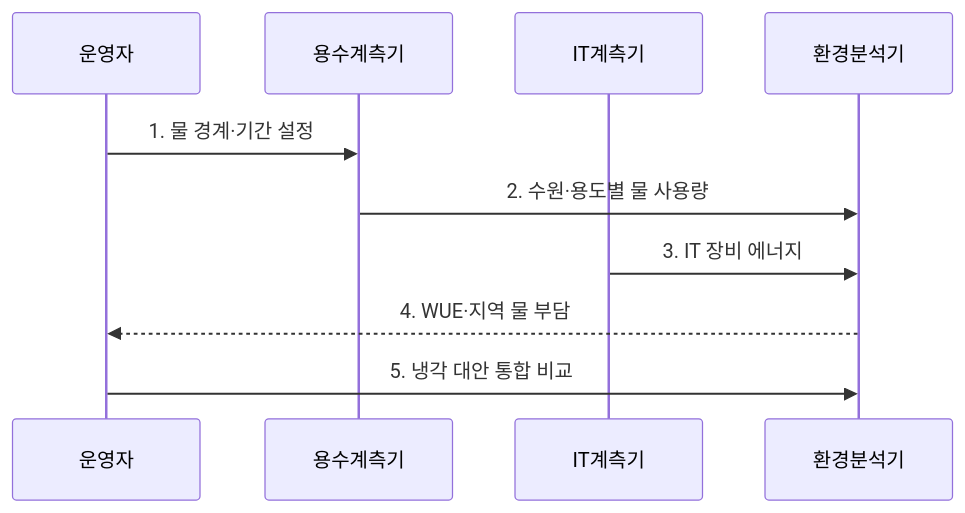
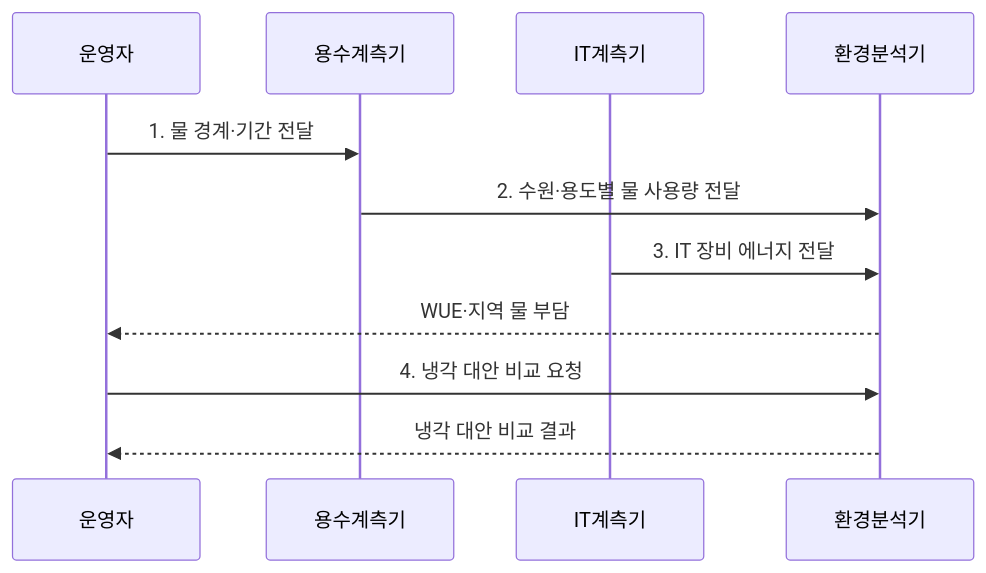
The second of 2 diagrams in src/content/docs/notes/06-evaluation/040_wue_water_usage_effectiveness.md (agnusdei1207/knowledge-base), drawn with Mermaid before and after one commit. The commit also changed other lines of this file and 20 other files, not shown here.

````diff
--- a/src/content/docs/notes/06-evaluation/040_wue_water_usage_effectiveness.md
+++ b/src/content/docs/notes/06-evaluation/040_wue_water_usage_effectiveness.md
@@ -85,12 +87,13 @@
 ```mermaid
 sequenceDiagram
     participant O as 운영자
     participant W as 용수계측기
     participant I as IT계측기
     participant A as 환경분석기
-    O->>W: 1. 물 경계·기간 설정
-    W->>A: 2. 수원·용도별 물 사용량
-    I->>A: 3. IT 장비 에너지
-    A-->>O: 4. WUE·지역 물 부담
-    O->>A: 5. 냉각 대안 통합 비교
+    O->>W: 1. 물 경계·기간 전달
+    W->>A: 2. 수원·용도별 물 사용량 전달
+    I->>A: 3. IT 장비 에너지 전달
+    A-->>O: WUE·지역 물 부담
+    O->>A: 4. 냉각 대안 비교 요청
+    A-->>O: 냉각 대안 비교 결과
 ```
````
